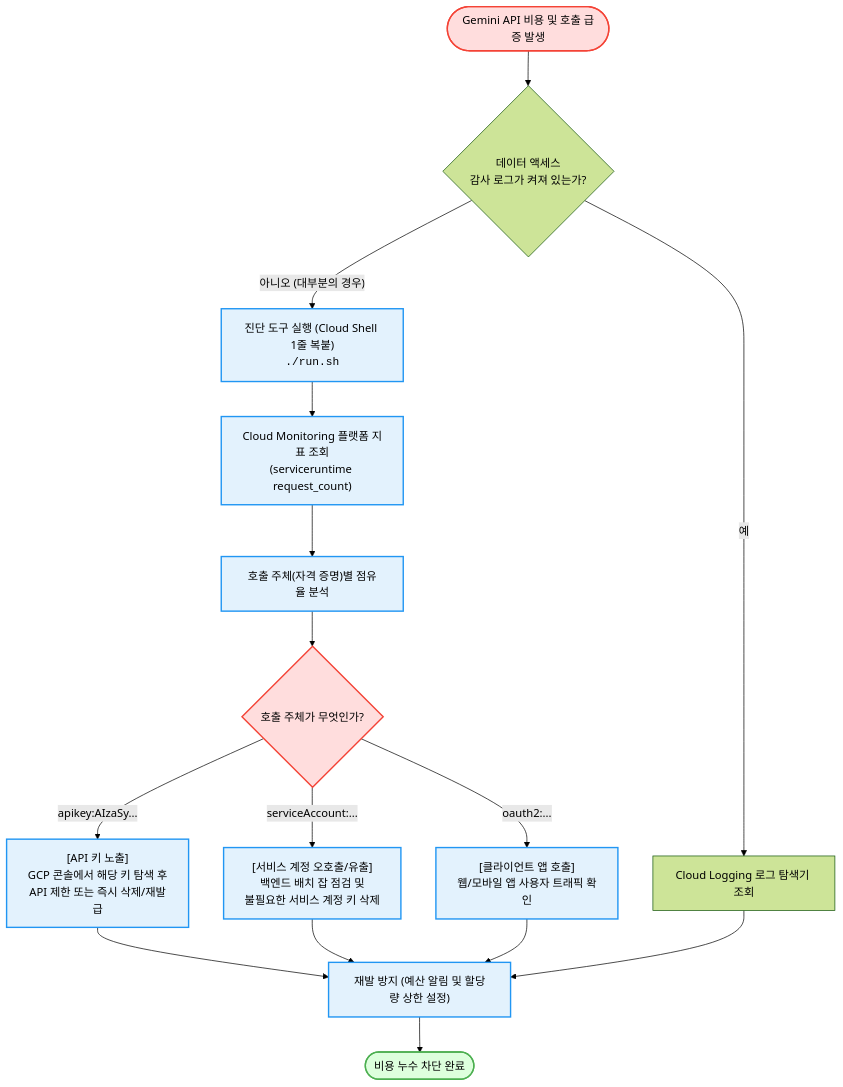
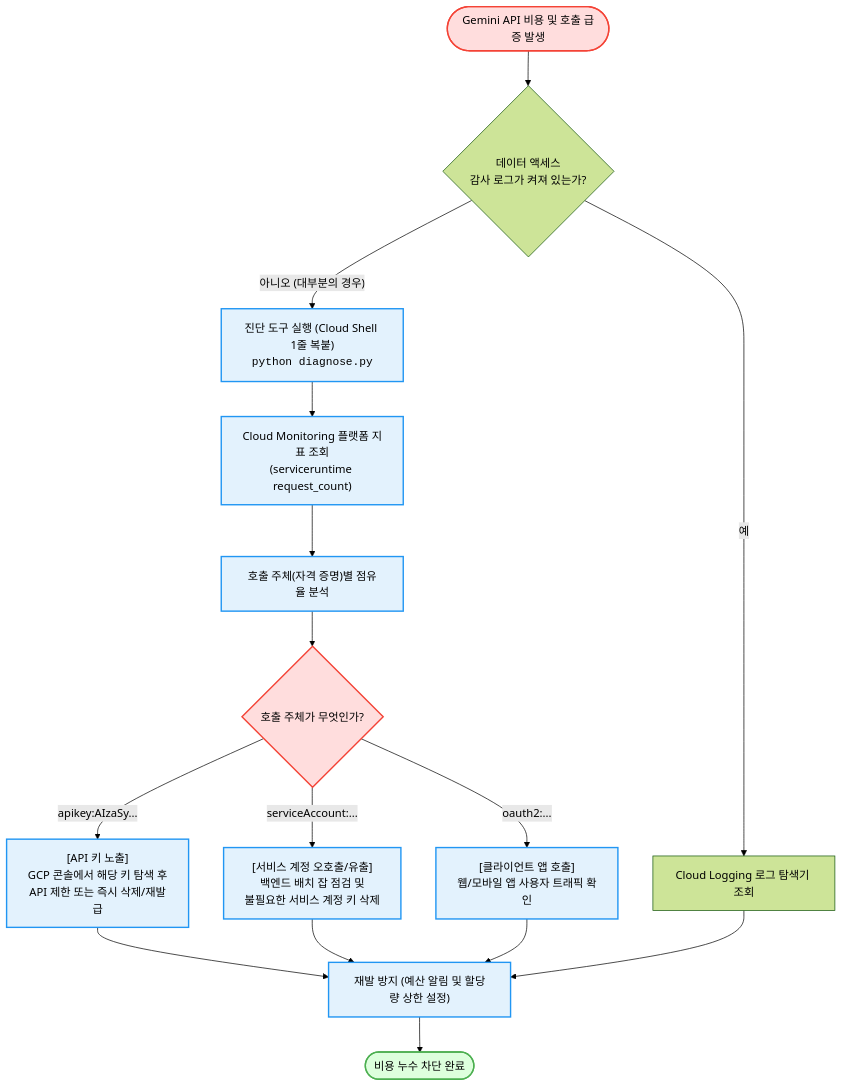
The diagram in samples/gemini-billing-spike/README.md (jiangjun-forge/google-cloud-0-to-1), drawn with Mermaid (forest theme) before and after one commit. The commit also changed other lines of this file and 180 other files, not shown here.

````diff
--- a/samples/gemini-billing-spike/README.md
+++ b/samples/gemini-billing-spike/README.md
@@ -37,29 +37,29 @@
 ```mermaid
 flowchart TD
     Start(["Gemini API 비용 및 호출 급증 발생"]) --> Q1{"데이터 액세스<br/>감사 로그가 켜져 있는가?"}
     
-    Q1 -- "아니오 (대부분의 경우)" --> RunTool["진단 도구 실행 (Cloud Shell 1줄 복붙)<br/><code>./run.sh</code>"]
+    Q1 -- "아니오 (대부분의 경우)" --> RunTool["진단 도구 실행 (Cloud Shell 1줄 복붙)<br/><code>python diagnose.py</code>"]
     Q1 -- "예" --> AuditCheck["Cloud Logging 로그 탐색기 조회"]
     
     RunTool --> FetchMetrics["Cloud Monitoring 플랫폼 지표 조회<br/>(serviceruntime request_count)"]
     FetchMetrics --> Aggregate["호출 주체(자격 증명)별 점유율 분석"]
     
     Aggregate --> Decision{"호출 주체가 무엇인가?"}
     
     Decision -- "apikey:AIzaSy..." --> FixApiKey["[API 키 노출]<br/>GCP 콘솔에서 해당 키 탐색 후<br/>API 제한 또는 즉시 삭제/재발급"]
     Decision -- "serviceAccount:..." --> FixSA["[서비스 계정 오호출/유출]<br/>백엔드 배치 잡 점검 및<br/>불필요한 서비스 계정 키 삭제"]
     Decision -- "oauth2:..." --> FixOAuth["[클라이언트 앱 호출]<br/>웹/모바일 앱 사용자 트래픽 확인"]
     
     FixApiKey --> Prevent["재발 방지 (예산 알림 및 할당량 상한 설정)"]
     FixSA --> Prevent
     FixOAuth --> Prevent
     AuditCheck --> Prevent
     Prevent --> Done(["비용 누수 차단 완료"])
 
     classDef alert fill:#ffdddd,stroke:#f44336,stroke-width:2px;
     classDef success fill:#ddffdd,stroke:#4caf50,stroke-width:2px;
     classDef action fill:#e3f2fd,stroke:#2196f3,stroke-width:2px;
     class Start,Decision alert;
     class Done success;
     class RunTool,FetchMetrics,Aggregate,FixApiKey,FixSA,FixOAuth,Prevent action;
 ```
````
